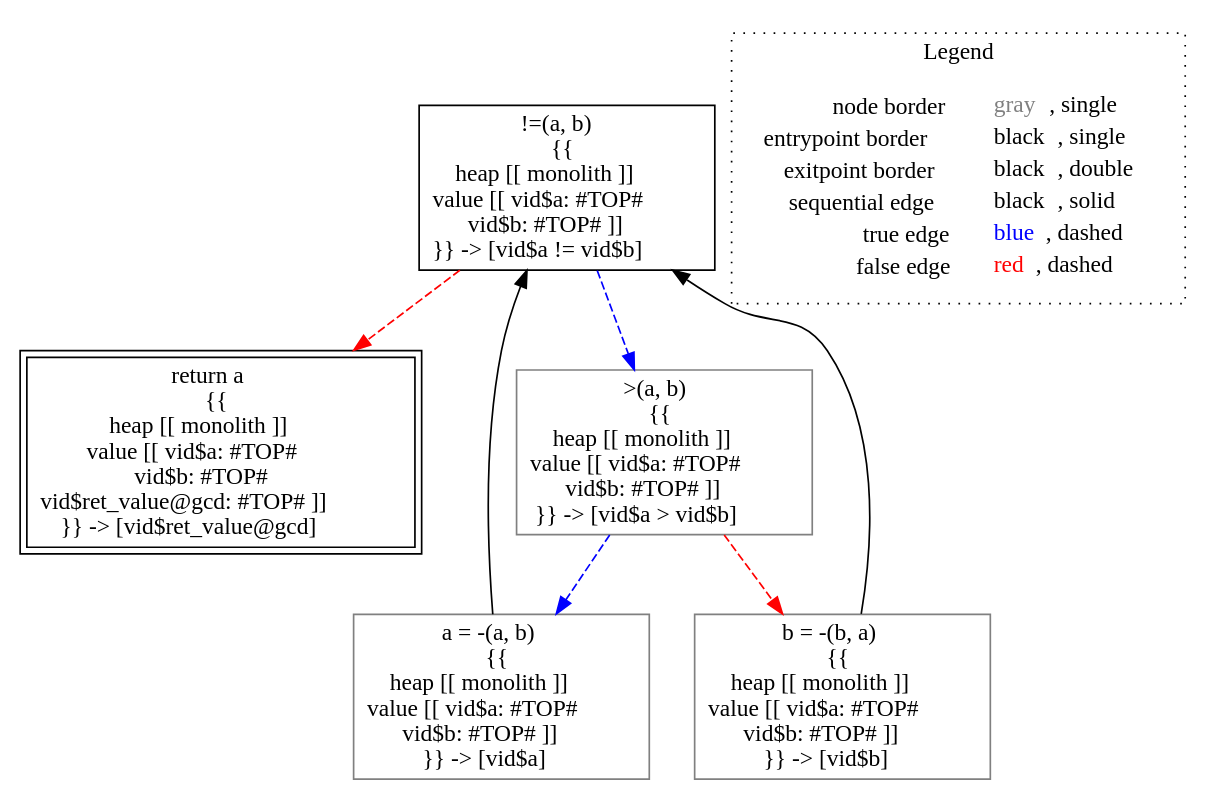
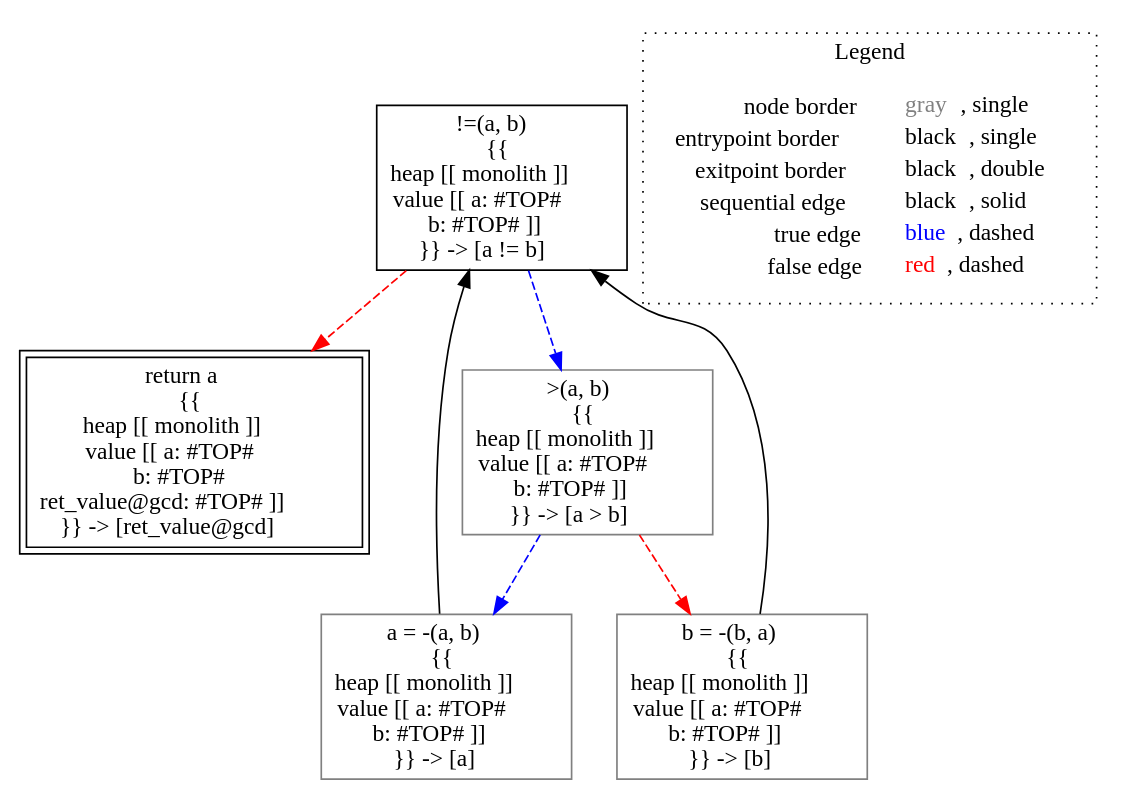
The diagram in lisa/imp-testcases/parity/analysis___untyped_tutorial.gcd(tutorial_this,_untyped_a,_untyped_b).dot (lisa-analyzer/lisa), drawn with Graphviz before and after one commit. The commit also changed 65 other files, not shown here.

```diff
--- a/lisa/imp-testcases/parity/analysis___untyped_tutorial.gcd(tutorial_this,_untyped_a,_untyped_b).dot
+++ b/lisa/imp-testcases/parity/analysis___untyped_tutorial.gcd(tutorial_this,_untyped_a,_untyped_b).dot
@@ -1,20 +1,20 @@
 digraph {
-	"node0" [shape="rect",color="black",label=<!=(a, b)<BR/>{{<BR/>heap [[ monolith ]]<BR/>value [[ vid$a: #TOP#<BR/>vid$b: #TOP# ]]<BR/>}} -&gt; [vid$a != vid$b]>];
-	"node1" [shape="rect",color="gray",label=<a = -(a, b)<BR/>{{<BR/>heap [[ monolith ]]<BR/>value [[ vid$a: #TOP#<BR/>vid$b: #TOP# ]]<BR/>}} -&gt; [vid$a]>];
-	"node2" [shape="rect",color="black",peripheries="2",label=<return a<BR/>{{<BR/>heap [[ monolith ]]<BR/>value [[ vid$a: #TOP#<BR/>vid$b: #TOP#<BR/>vid$ret_value@gcd: #TOP# ]]<BR/>}} -&gt; [vid$ret_value@gcd]>];
-	"node3" [shape="rect",color="gray",label=<&gt;(a, b)<BR/>{{<BR/>heap [[ monolith ]]<BR/>value [[ vid$a: #TOP#<BR/>vid$b: #TOP# ]]<BR/>}} -&gt; [vid$a &gt; vid$b]>];
-	"node4" [shape="rect",color="gray",label=<b = -(b, a)<BR/>{{<BR/>heap [[ monolith ]]<BR/>value [[ vid$a: #TOP#<BR/>vid$b: #TOP# ]]<BR/>}} -&gt; [vid$b]>];
+	"node0" [shape="rect",color="black",label=<!=(a, b)<BR/>{{<BR/>heap [[ monolith ]]<BR/>value [[ a: #TOP#<BR/>b: #TOP# ]]<BR/>}} -&gt; [a != b]>];
+	"node1" [shape="rect",color="gray",label=<a = -(a, b)<BR/>{{<BR/>heap [[ monolith ]]<BR/>value [[ a: #TOP#<BR/>b: #TOP# ]]<BR/>}} -&gt; [a]>];
+	"node2" [shape="rect",color="gray",label=<b = -(b, a)<BR/>{{<BR/>heap [[ monolith ]]<BR/>value [[ a: #TOP#<BR/>b: #TOP# ]]<BR/>}} -&gt; [b]>];
+	"node3" [shape="rect",color="black",peripheries="2",label=<return a<BR/>{{<BR/>heap [[ monolith ]]<BR/>value [[ a: #TOP#<BR/>b: #TOP#<BR/>ret_value@gcd: #TOP# ]]<BR/>}} -&gt; [ret_value@gcd]>];
+	"node4" [shape="rect",color="gray",label=<&gt;(a, b)<BR/>{{<BR/>heap [[ monolith ]]<BR/>value [[ a: #TOP#<BR/>b: #TOP# ]]<BR/>}} -&gt; [a &gt; b]>];
+	"node0" -> "node3" [color="red",style="dashed"];
+	"node0" -> "node4" [color="blue",style="dashed"];
 	"node1" -> "node0" [color="black"];
-	"node0" -> "node2" [color="red",style="dashed"];
-	"node0" -> "node3" [color="blue",style="dashed"];
-	"node3" -> "node1" [color="blue",style="dashed"];
-	"node3" -> "node4" [color="red",style="dashed"];
-	"node4" -> "node0" [color="black"];
+	"node2" -> "node0" [color="black"];
+	"node4" -> "node1" [color="blue",style="dashed"];
+	"node4" -> "node2" [color="red",style="dashed"];
 subgraph cluster_legend {
 	label="Legend";
 	style=dotted;
 	node [shape=plaintext];
 	"legend" [label=<<table border="0" cellpadding="2" cellspacing="0" cellborder="0"><tr><td align="right">node border&nbsp;</td><td align="left"><font color="gray">gray</font>, single</td></tr><tr><td align="right">entrypoint border&nbsp;</td><td align="left"><font color="black">black</font>, single</td></tr><tr><td align="right">exitpoint border&nbsp;</td><td align="left"><font color="black">black</font>, double</td></tr><tr><td align="right">sequential edge&nbsp;</td><td align="left"><font color="black">black</font>, solid</td></tr><tr><td align="right">true edge&nbsp;</td><td align="left"><font color="blue">blue</font>, dashed</td></tr><tr><td align="right">false edge&nbsp;</td><td align="left"><font color="red">red</font>, dashed</td></tr></table>>];
 }
 
 }
```
